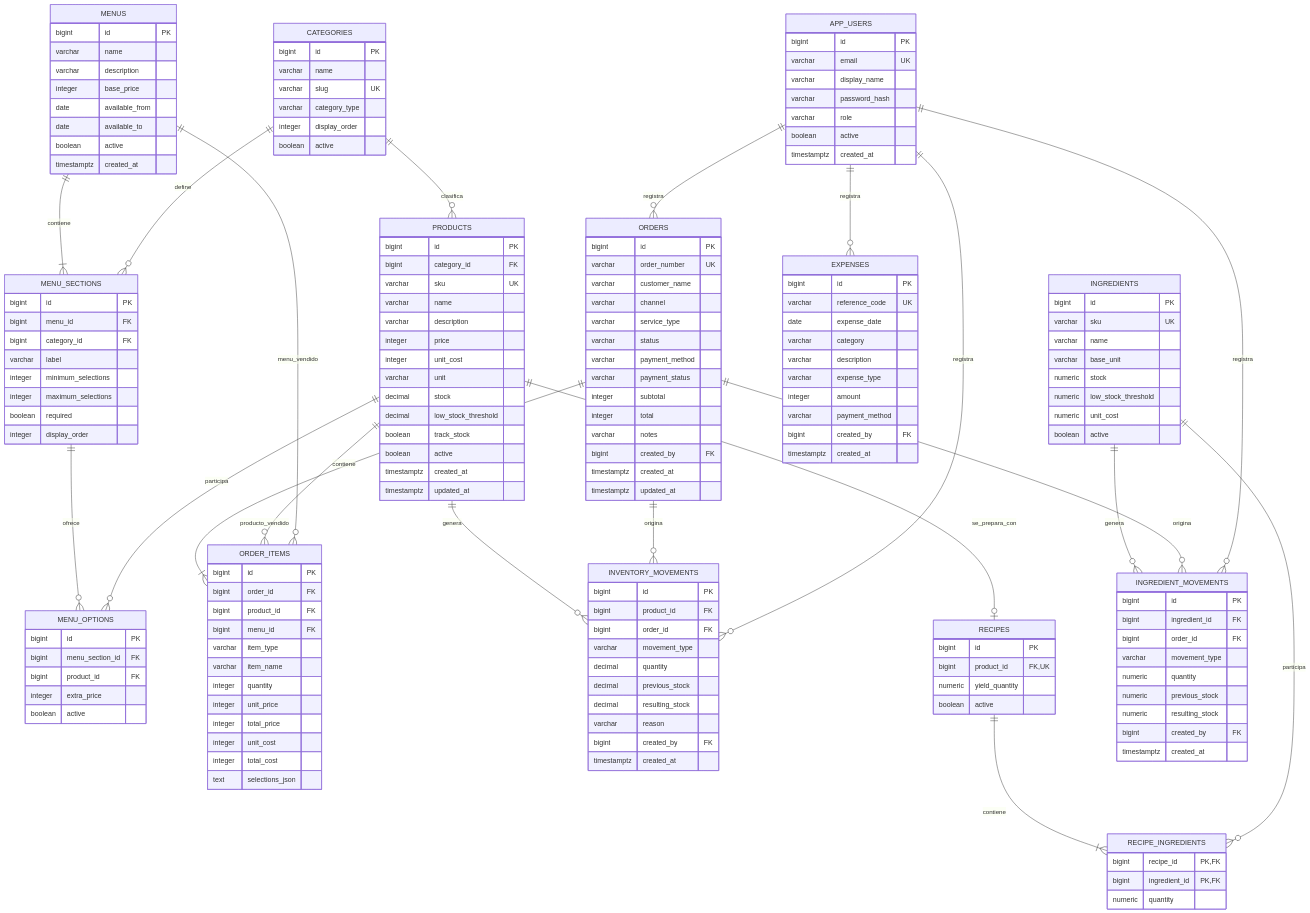
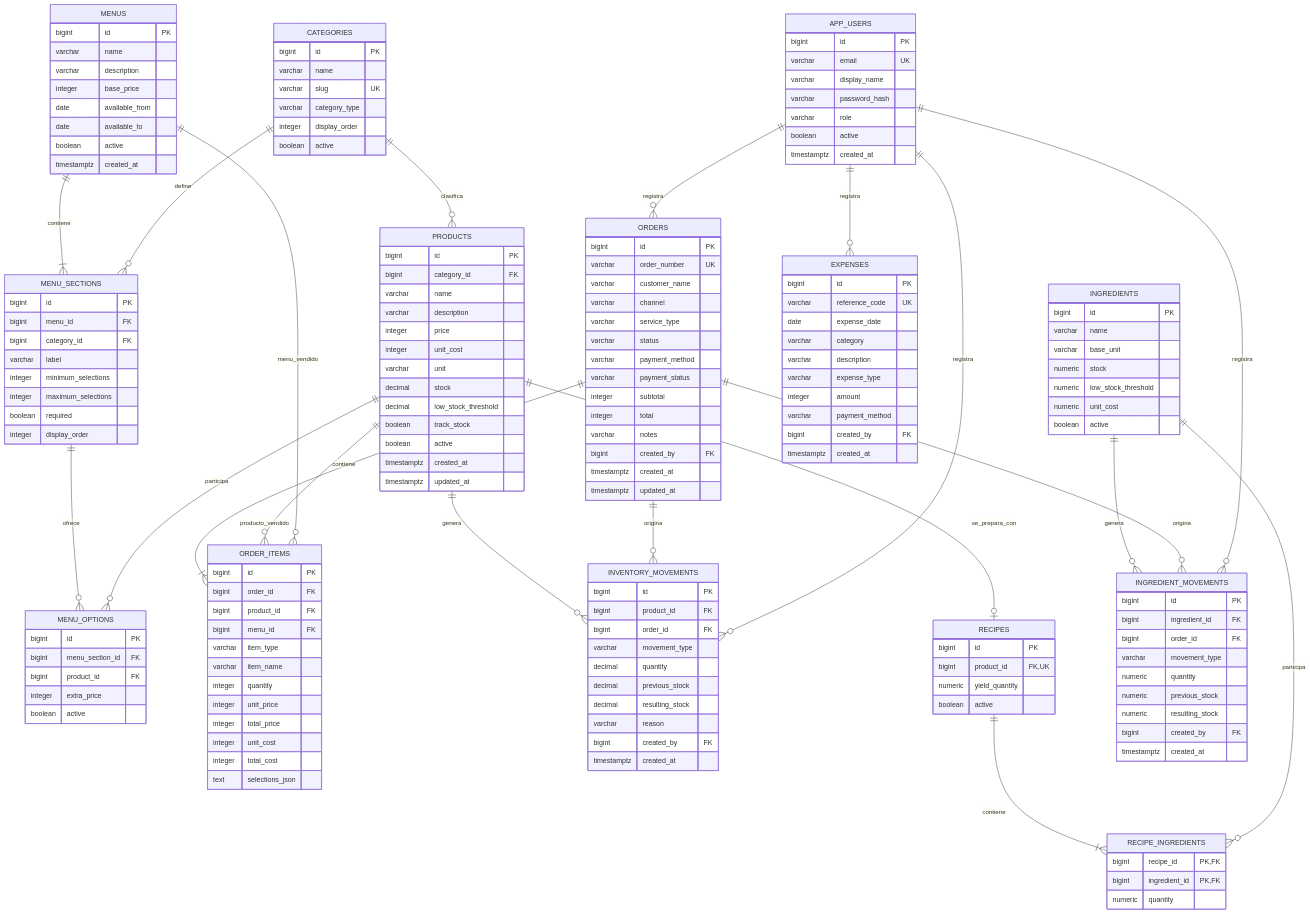
The diagram in MODELO_ENTIDAD_RELACION.md (alexisepv9/BuenPlato), drawn with Mermaid before and after one commit. The commit also changed other lines of this file and 39 other files, not shown here.

```diff
--- a/MODELO_ENTIDAD_RELACION.md
+++ b/MODELO_ENTIDAD_RELACION.md
@@ -62,7 +66,6 @@
     PRODUCTS {
         bigint id PK
         bigint category_id FK
-        varchar sku UK
         varchar name
         varchar description
         integer price
@@ -153,7 +156,6 @@
 
     INGREDIENTS {
         bigint id PK
-        varchar sku UK
         varchar name
         varchar base_unit
         numeric stock
```
